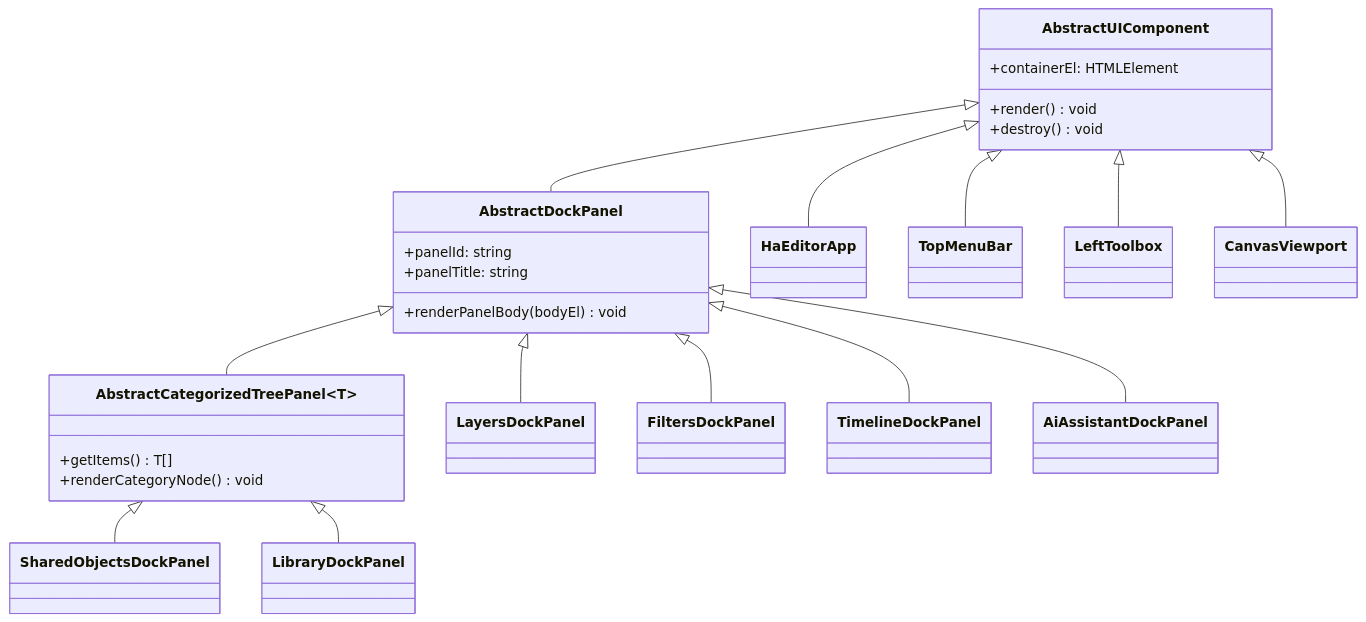
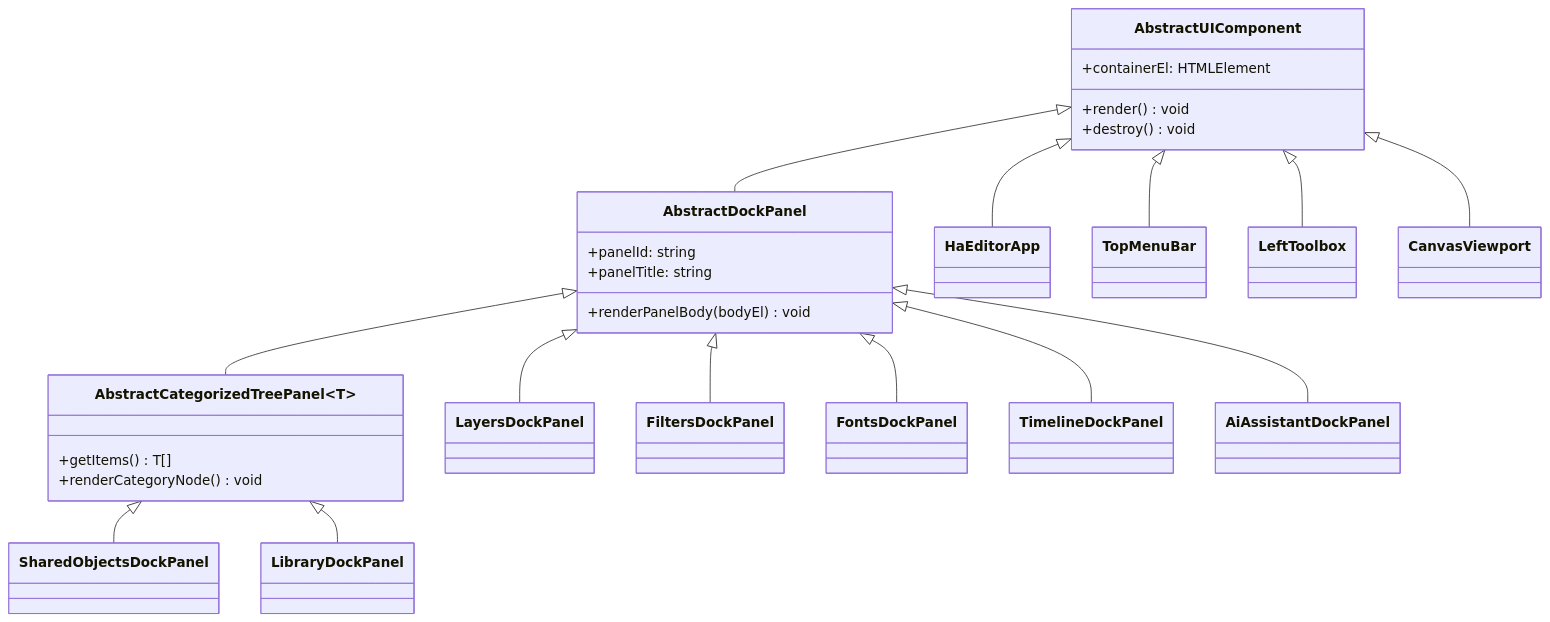
One commit to NexusTools/HAEditor changed the diagram in docs/ARCHITECTURE_AND_TESTING.md. Above: the diagram before and after it, drawn with Mermaid. The commit also changed other lines of this file and 50 other files, not shown here.

Commit message:
feat: modular 1-class-per-file tool/UI/state architecture, dynamic filter & timeline inspection tests, AGENTS.md, and docs

````diff
--- a/docs/ARCHITECTURE_AND_TESTING.md
+++ b/docs/ARCHITECTURE_AND_TESTING.md
@@ -7,40 +72,42 @@
 ```mermaid
 classDiagram
     class AbstractUIComponent {
         +containerEl: HTMLElement
         +render() void
         +destroy() void
     }
     class AbstractDockPanel {
         +panelId: string
         +panelTitle: string
         +renderPanelBody(bodyEl) void
     }
     class AbstractCategorizedTreePanel~T~ {
         +getItems() T[]
         +renderCategoryNode() void
     }
     class HaEditorApp
     class TopMenuBar
     class LeftToolbox
     class CanvasViewport
     class LayersDockPanel
     class FiltersDockPanel
+    class FontsDockPanel
     class TimelineDockPanel
     class AiAssistantDockPanel
     class SharedObjectsDockPanel
     class LibraryDockPanel
 
     AbstractUIComponent <|-- HaEditorApp
     AbstractUIComponent <|-- TopMenuBar
     AbstractUIComponent <|-- LeftToolbox
     AbstractUIComponent <|-- CanvasViewport
     AbstractUIComponent <|-- AbstractDockPanel
     AbstractDockPanel <|-- LayersDockPanel
     AbstractDockPanel <|-- FiltersDockPanel
+    AbstractDockPanel <|-- FontsDockPanel
     AbstractDockPanel <|-- TimelineDockPanel
     AbstractDockPanel <|-- AiAssistantDockPanel
     AbstractDockPanel <|-- AbstractCategorizedTreePanel
     AbstractCategorizedTreePanel <|-- SharedObjectsDockPanel
     AbstractCategorizedTreePanel <|-- LibraryDockPanel
 ```
````
